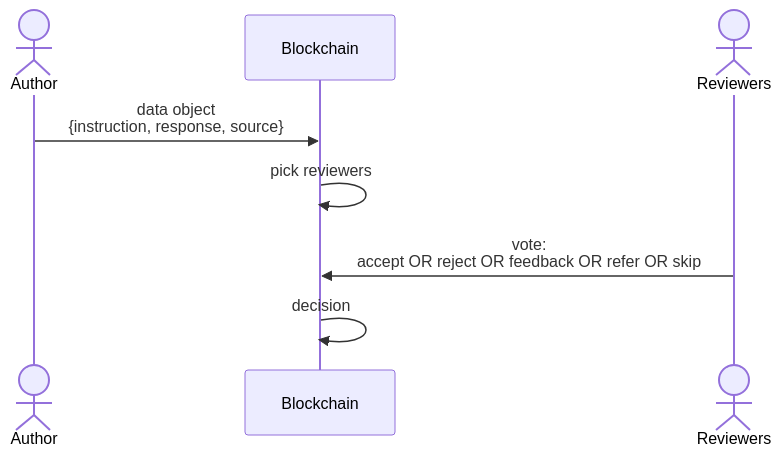
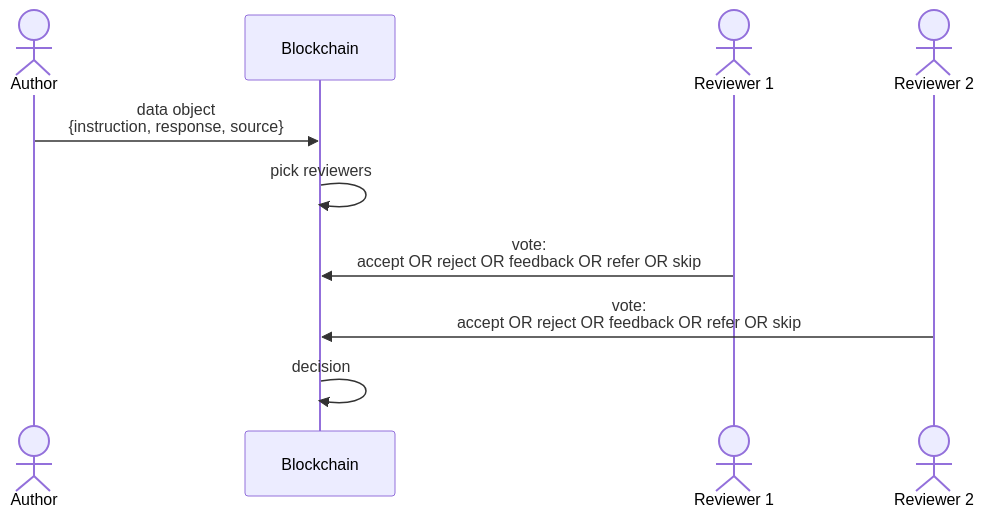
Before and after one commit to kirilligum/ethonline2023-goodprompt: the diagram in visuals/ux.mmd, drawn with Mermaid. The commit also changed 1 other file, not shown here.

```diff
--- a/visuals/ux.mmd
+++ b/visuals/ux.mmd
@@ -1,8 +1,10 @@
 sequenceDiagram
   actor a as Author
   participant b as Blockchain
-  actor r as Reviewers
+  actor r1 as Reviewer 1
+  actor r2 as Reviewer 2
   a ->> b: data object<br/>{instruction, response, source}
   b ->> b: pick reviewers
-  r ->> b: vote:<br/>accept OR reject OR feedback OR refer OR skip
+  r1 ->> b: vote:<br/>accept OR reject OR feedback OR refer OR skip
+  r2 ->> b: vote:<br/>accept OR reject OR feedback OR refer OR skip
   b ->> b: decision
```
